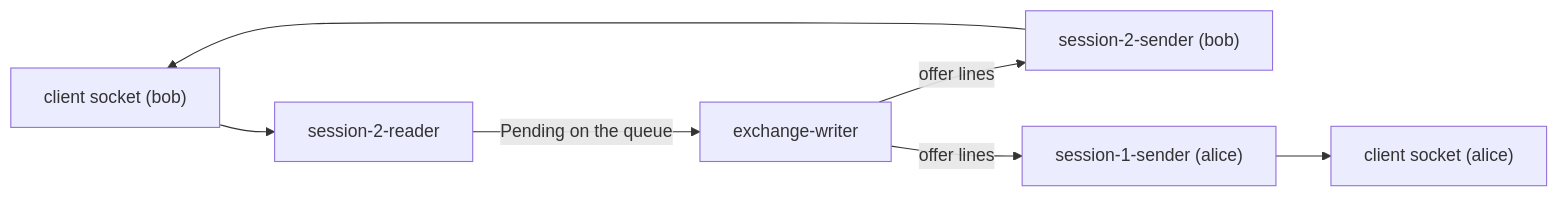
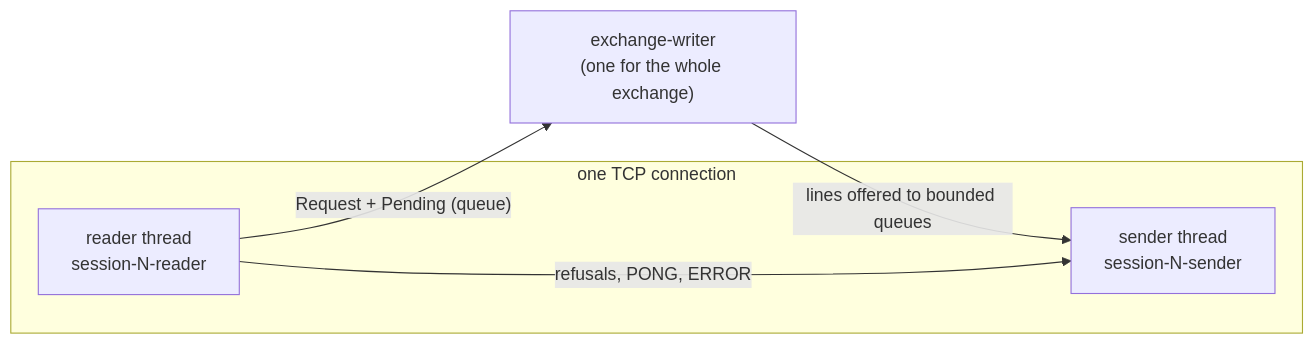
Before and after one commit to SampannaNampalli/ExchangeSystem: the first of 4 diagrams in docs/understanding/05a-core-flows-trading.md, drawn with Mermaid. The commit also changed other lines of this file and 30 other files, not shown here.

````diff
--- a/docs/understanding/05a-core-flows-trading.md
+++ b/docs/understanding/05a-core-flows-trading.md
@@ -34,9 +19,11 @@
 ```mermaid
 flowchart LR
-    C1["client socket (bob)"] --> R1["session-2-reader"]
-    R1 -->|"Pending on the queue"| W["exchange-writer"]
-    W -->|"offer lines"| S1["session-2-sender (bob)"]
-    W -->|"offer lines"| S2["session-1-sender (alice)"]
-    S1 --> C1
-    S2 --> C2["client socket (alice)"]
+    subgraph session["one TCP connection"]
+        R["reader thread<br/>session-N-reader"]
+        S["sender thread<br/>session-N-sender"]
+    end
+    W["exchange-writer<br/>(one for the whole exchange)"]
+    R -- "Request + Pending (queue)" --> W
+    W -- "lines offered to bounded queues" --> S
+    R -- "refusals, PONG, ERROR" --> S
 ```
````
